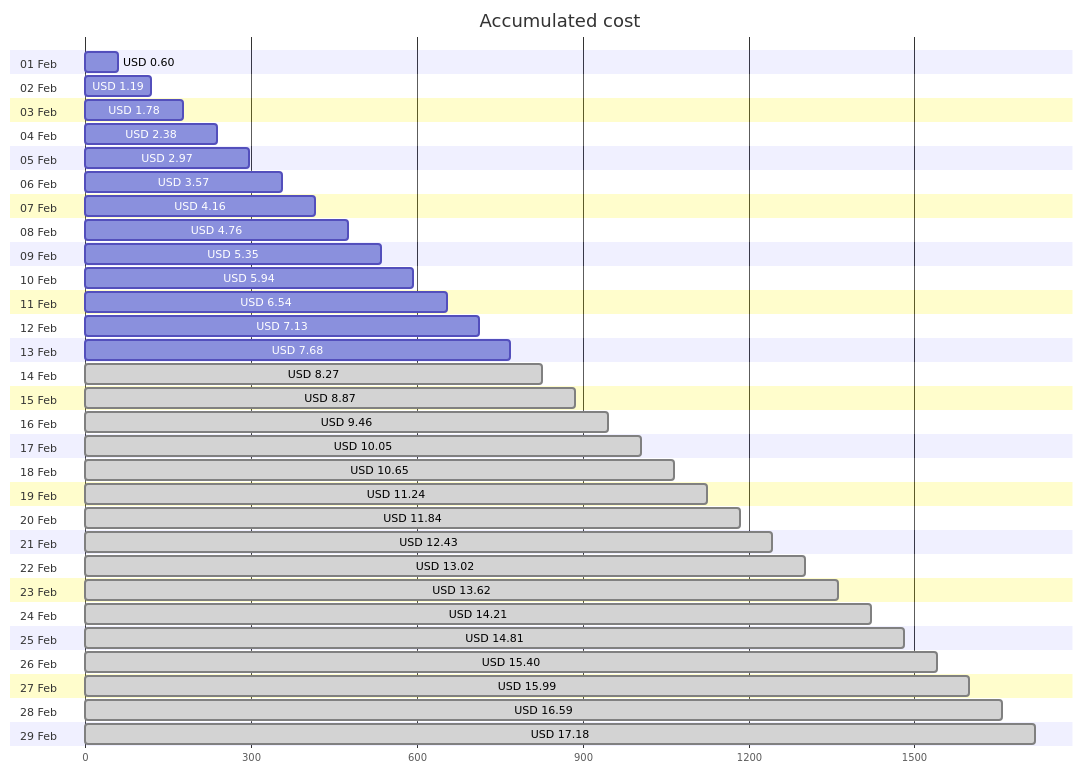
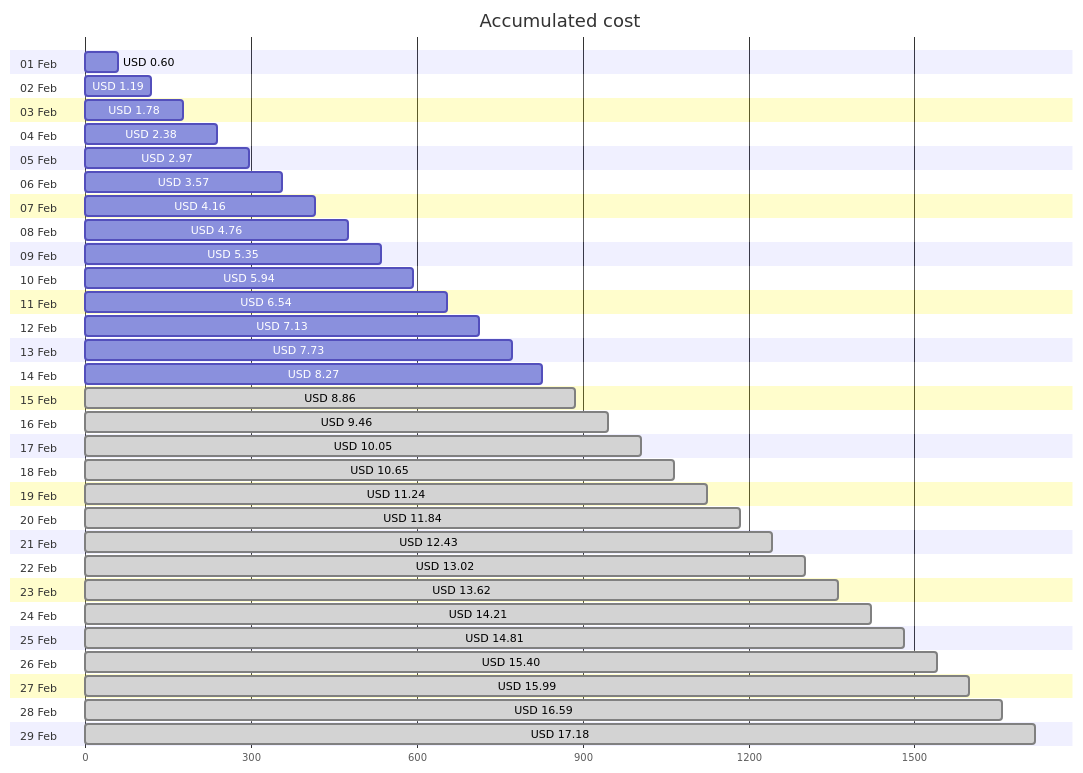
The first of 4 diagrams in cost-reports/personal-site/README.md (jpfulton/azure-personal-reports), drawn with Mermaid before and after one commit. The commit also changed other lines of this file and 6 other files, not shown here.

````diff
--- a/cost-reports/personal-site/README.md
+++ b/cost-reports/personal-site/README.md
@@ -20,64 +20,64 @@
 ```mermaid
 gantt
    title Accumulated cost
    dateFormat  X
    axisFormat %s
    section 01 Feb
    USD 0.60 :0, 60
    section 02 Feb
    USD 1.19 :0, 119
    section 03 Feb
    USD 1.78 :0, 178
    section 04 Feb
    USD 2.38 :0, 238
    section 05 Feb
    USD 2.97 :0, 297
    section 06 Feb
    USD 3.57 :0, 357
    section 07 Feb
    USD 4.16 :0, 416
    section 08 Feb
    USD 4.76 :0, 476
    section 09 Feb
    USD 5.35 :0, 535
    section 10 Feb
    USD 5.94 :0, 594
    section 11 Feb
    USD 6.54 :0, 654
    section 12 Feb
    USD 7.13 :0, 713
    section 13 Feb
-   USD 7.68 :0, 768
+   USD 7.73 :0, 773
    section 14 Feb
-   USD 8.27 : done, 0, 827
+   USD 8.27 :0, 827
    section 15 Feb
-   USD 8.87 : done, 0, 887
+   USD 8.86 : done, 0, 886
    section 16 Feb
    USD 9.46 : done, 0, 946
    section 17 Feb
    USD 10.05 : done, 0, 1005
    section 18 Feb
    USD 10.65 : done, 0, 1065
    section 19 Feb
    USD 11.24 : done, 0, 1124
    section 20 Feb
    USD 11.84 : done, 0, 1184
    section 21 Feb
    USD 12.43 : done, 0, 1243
    section 22 Feb
    USD 13.02 : done, 0, 1302
    section 23 Feb
    USD 13.62 : done, 0, 1362
    section 24 Feb
    USD 14.21 : done, 0, 1421
    section 25 Feb
    USD 14.81 : done, 0, 1481
    section 26 Feb
    USD 15.40 : done, 0, 1540
    section 27 Feb
    USD 15.99 : done, 0, 1599
    section 28 Feb
    USD 16.59 : done, 0, 1659
    section 29 Feb
    USD 17.18 : done, 0, 1718
 ```
````
